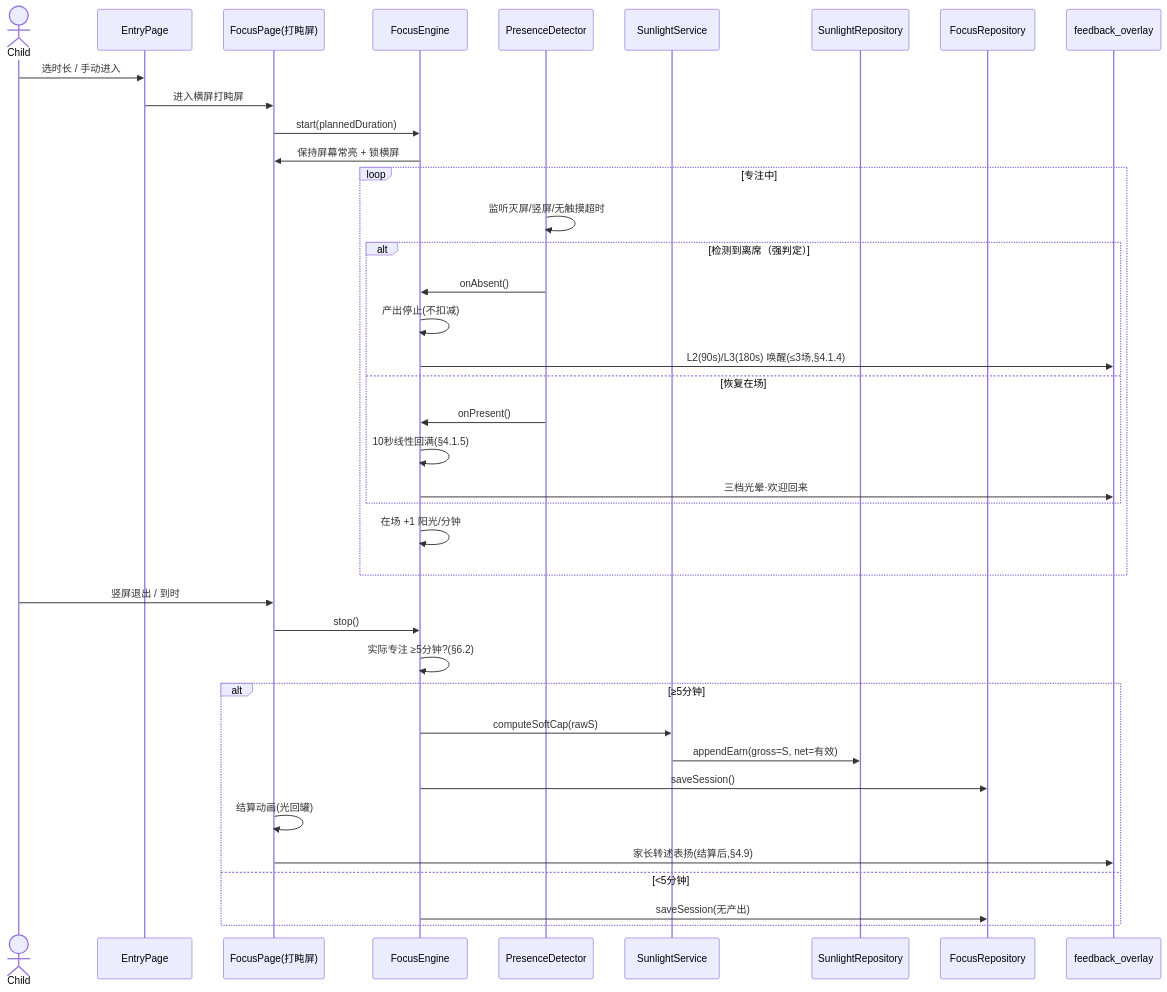
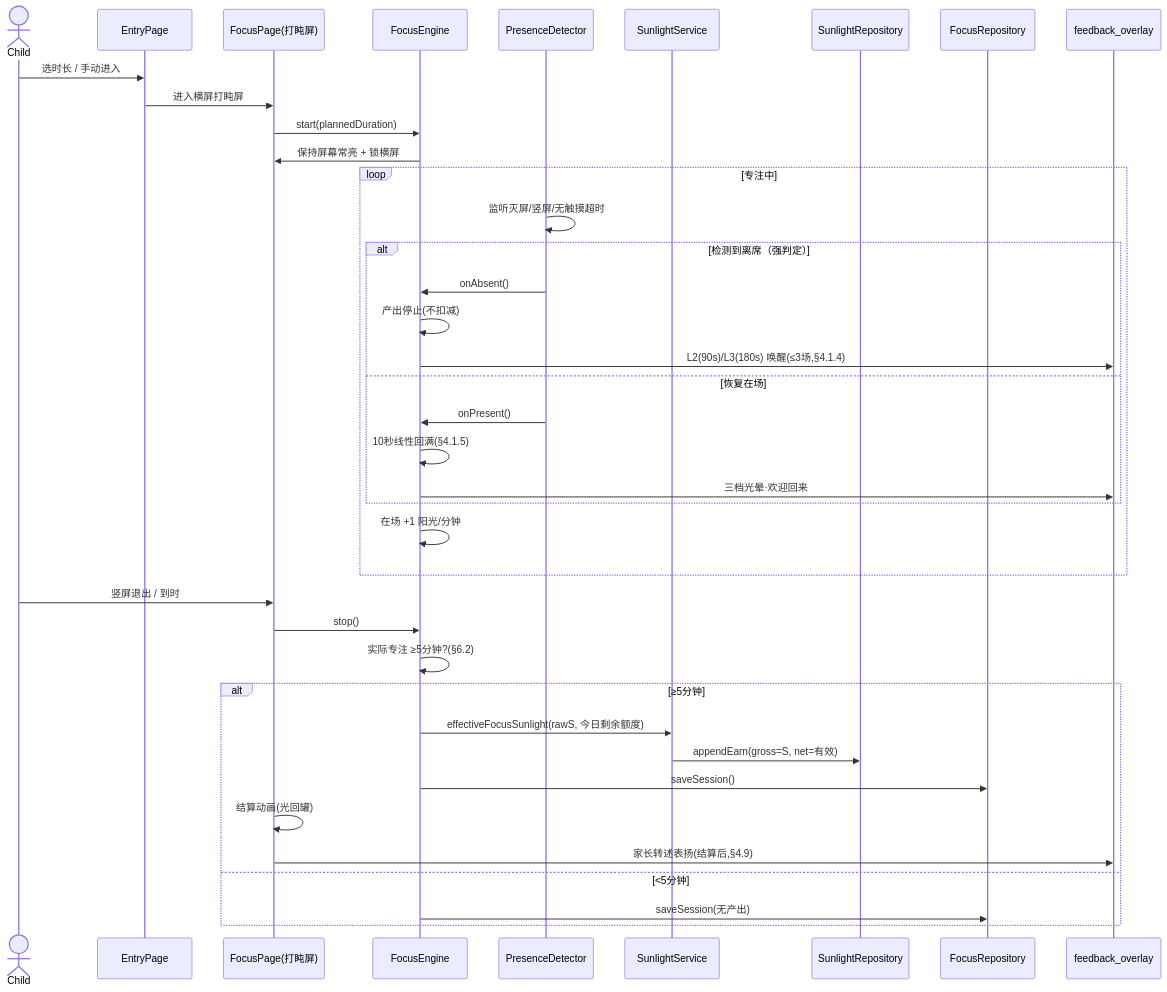
Before and after one commit to tasanshu666/sunflowerTime: the second of 4 diagrams in docs/架构设计_SunFocus_MVP.md, drawn with Mermaid. The commit also changed other lines of this file and 28 other files, not shown here.

````diff
--- a/docs/架构设计_SunFocus_MVP.md
+++ b/docs/架构设计_SunFocus_MVP.md
@@ -143,41 +146,41 @@
 ```mermaid
 sequenceDiagram
     actor Child
     participant EP as EntryPage
     participant FP as FocusPage(打盹屏)
     participant FE as FocusEngine
     participant PD as PresenceDetector
     participant SL as SunlightService
     participant LED as SunlightRepository
     participant FS as FocusRepository
     participant UI as feedback_overlay
     Child->>EP: 选时长 / 手动进入
     EP->>FP: 进入横屏打盹屏
     FP->>FE: start(plannedDuration)
     FE->>FP: 保持屏幕常亮 + 锁横屏
     loop 专注中
         PD->>PD: 监听灭屏/竖屏/无触摸超时
         alt 检测到离席（强判定）
             PD->>FE: onAbsent()
             FE->>FE: 产出停止(不扣减)
             FE->>UI: L2(90s)/L3(180s) 唤醒(≤3场,§4.1.4)
         else 恢复在场
             PD->>FE: onPresent()
             FE->>FE: 10秒线性回满(§4.1.5)
             FE->>UI: 三档光晕·欢迎回来
         end
         FE->>FE: 在场 +1 阳光/分钟
     end
     Child->>FP: 竖屏退出 / 到时
     FP->>FE: stop()
     FE->>FE: 实际专注 ≥5分钟?(§6.2)
     alt ≥5分钟
-        FE->>SL: computeSoftCap(rawS)
+        FE->>SL: effectiveFocusSunlight(rawS, 今日剩余额度)
         SL->>LED: appendEarn(gross=S, net=有效)
         FE->>FS: saveSession()
         FP->>FP: 结算动画(光回罐)
         FP->>UI: 家长转述表扬(结算后,§4.9)
     else <5分钟
         FE->>FS: saveSession(无产出)
     end
 ```
````
